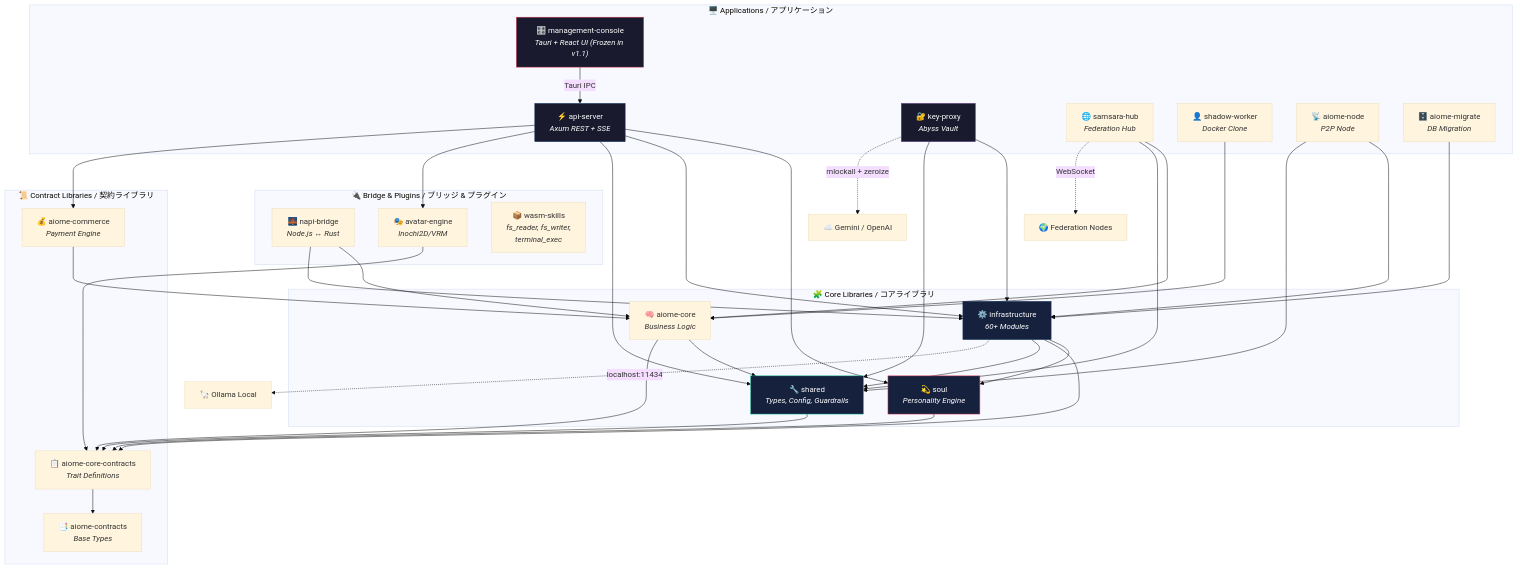
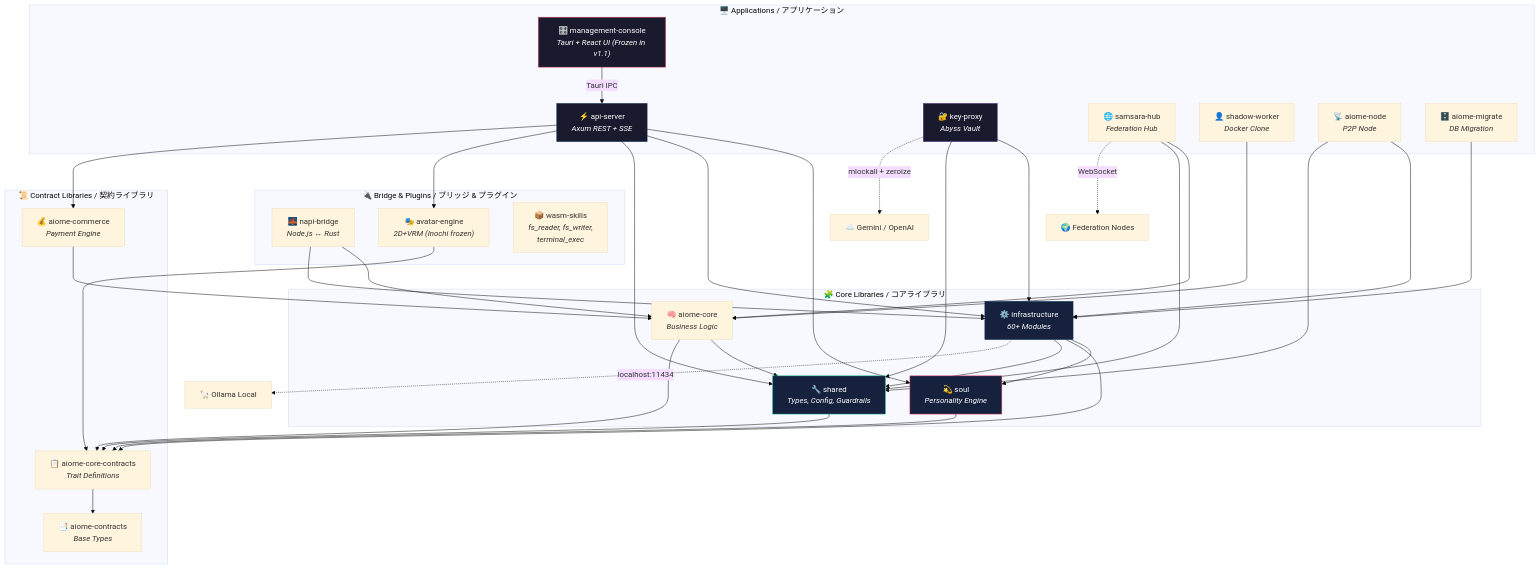
The first of 5 diagrams in docs/architecture/SYSTEM_PANORAMA.md (for4xex-droid/modular-open-claw), drawn with Mermaid (base theme) before and after one commit. The commit also changed 37 other files, not shown here.

First line of the commit message:
feat: freeze Inochi shipping surface and add Phase E avatar plan

````diff
--- a/docs/architecture/SYSTEM_PANORAMA.md
+++ b/docs/architecture/SYSTEM_PANORAMA.md
@@ -44,73 +44,73 @@
 ```mermaid
 graph TD
     subgraph "🖥️ Applications / アプリケーション"
         MC["🎛️ management-console<br/><i>Tauri + React UI (Frozen in v1.1)</i>"]
         API["⚡ api-server<br/><i>Axum REST + SSE</i>"]
         KP["🔐 key-proxy<br/><i>Abyss Vault</i>"]
         SH["🌐 samsara-hub<br/><i>Federation Hub</i>"]
         SW["👤 shadow-worker<br/><i>Docker Clone</i>"]
         AN["📡 aiome-node<br/><i>P2P Node</i>"]
         MIG["🗄️ aiome-migrate<br/><i>DB Migration</i>"]
     end
 
     subgraph "🧩 Core Libraries / コアライブラリ"
         CORE["🧠 aiome-core<br/><i>Business Logic</i>"]
         INFRA["⚙️ infrastructure<br/><i>60+ Modules</i>"]
         SHARED["🔧 shared<br/><i>Types, Config, Guardrails</i>"]
         SOUL["💫 soul<br/><i>Personality Engine</i>"]
     end
 
     subgraph "📜 Contract Libraries / 契約ライブラリ"
         CC["📋 aiome-core-contracts<br/><i>Trait Definitions</i>"]
         AC["📑 aiome-contracts<br/><i>Base Types</i>"]
         COM["💰 aiome-commerce<br/><i>Payment Engine</i>"]
     end
 
     subgraph "🔌 Bridge & Plugins / ブリッジ & プラグイン"
         NAPI["🌉 napi-bridge<br/><i>Node.js ↔ Rust</i>"]
-        AVE["🎭 avatar-engine<br/><i>Inochi2D/VRM</i>"]
+        AVE["🎭 avatar-engine<br/><i>2D+VRM (Inochi frozen)</i>"]
         WASM["📦 wasm-skills<br/><i>fs_reader, fs_writer,<br/>terminal_exec</i>"]
     end
 
     %% App → Lib dependencies
     MC -->|"Tauri IPC"| API
     API --> SOUL
     API --> INFRA
     API --> SHARED
     API --> AVE
     API --> COM
     KP --> INFRA
     KP --> SHARED
     SH --> CORE
     SH --> SHARED
     SW --> CORE
     AN --> INFRA
     AN --> SHARED
     MIG --> INFRA
 
     %% Lib → Lib dependencies
     CORE --> SHARED
     CORE --> CC
     INFRA --> SOUL
     INFRA --> CC
     INFRA --> SHARED
     SOUL --> CC
     SHARED --> CC
     CC --> AC
     COM --> CORE
     NAPI --> CORE
     NAPI --> INFRA
     AVE --> CC
 
     %% External services
     KP -.->|"mlockall + zeroize"| EXT_LLM["☁️ Gemini / OpenAI"]
     INFRA -.->|"localhost:11434"| OLLAMA["🦙 Ollama Local"]
     SH -.->|"WebSocket"| FED_NODES["🌍 Federation Nodes"]
 
     style MC fill:#1a1a2e,stroke:#e94560,color:#fff
     style API fill:#1a1a2e,stroke:#0f3460,color:#fff
     style KP fill:#1a1a2e,stroke:#533483,color:#fff
     style INFRA fill:#16213e,stroke:#0f3460,color:#fff
     style SOUL fill:#16213e,stroke:#e94560,color:#fff
     style SHARED fill:#16213e,stroke:#16c79a,color:#fff
 ```
````
